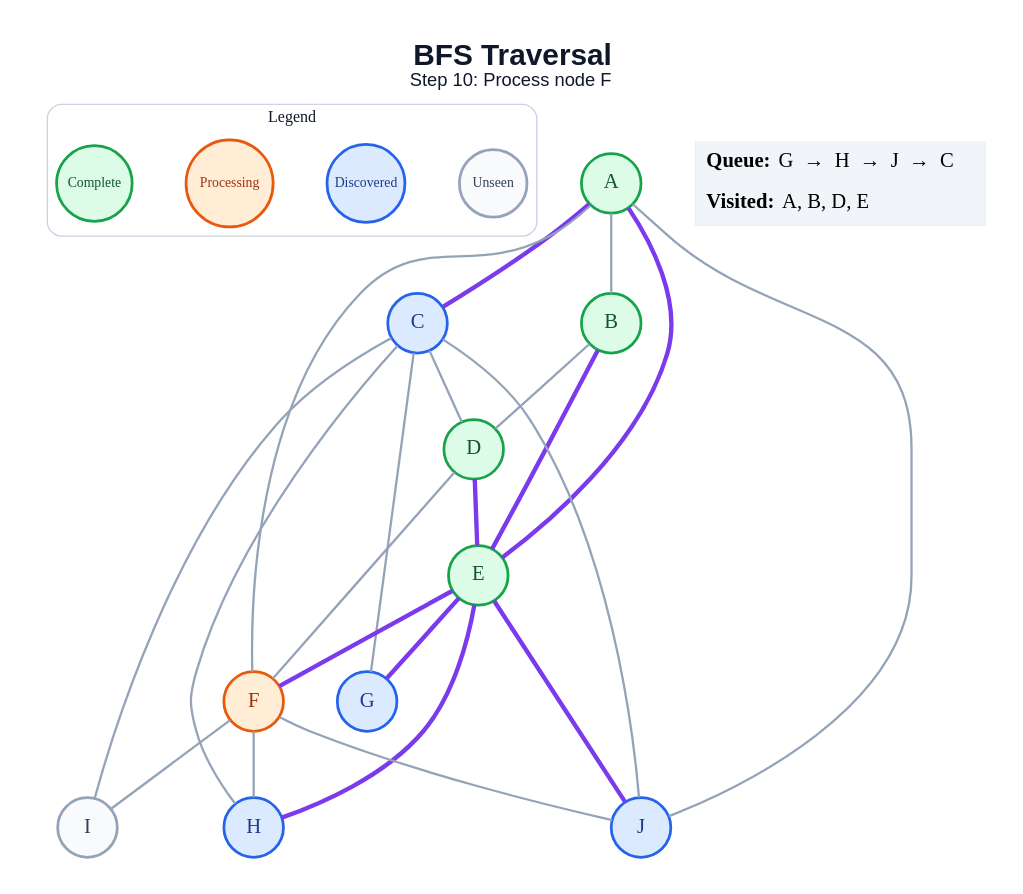
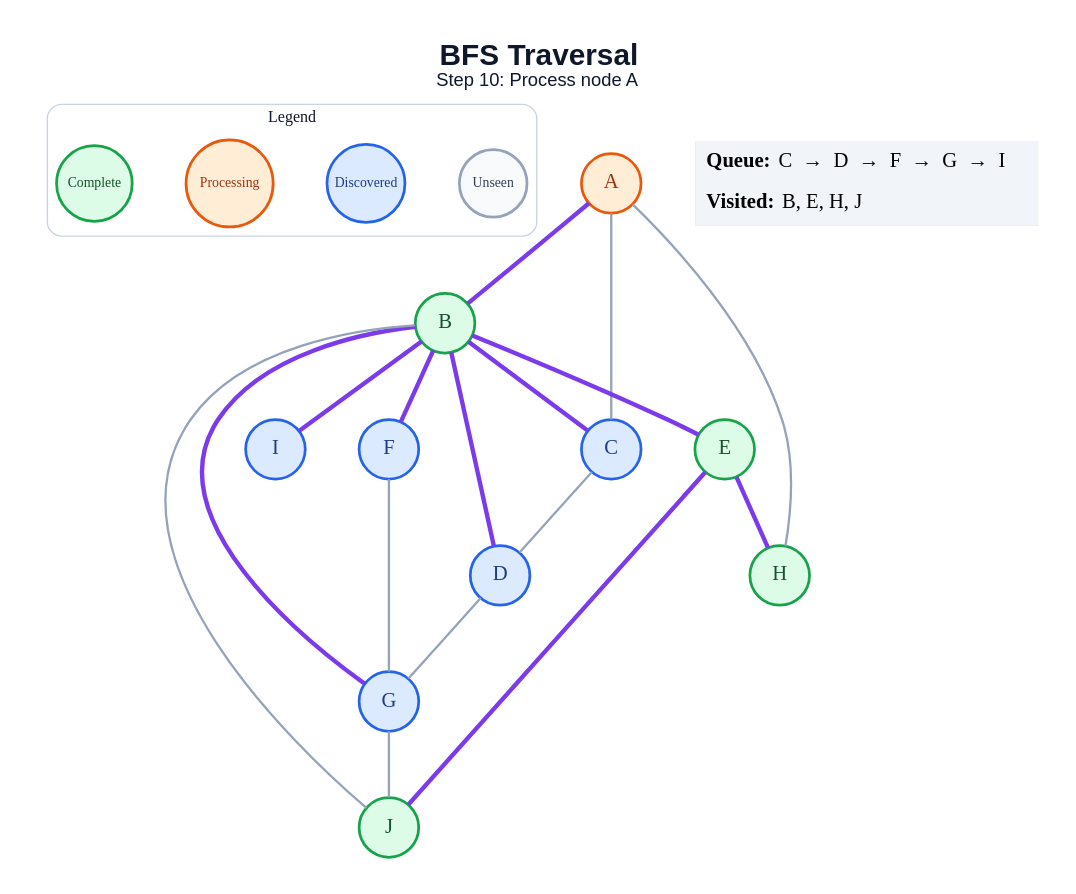
The diagram in generated/specific-node/bfs/step_10.dot (amanghodawala9/ai-slop), drawn with Graphviz before and after one commit. The commit also changed 178 other files, not shown here.

```diff
--- a/generated/specific-node/bfs/step_10.dot
+++ b/generated/specific-node/bfs/step_10.dot
@@ -1,50 +1,45 @@
 graph traversal {
   graph [layout=dot, rankdir=TB, bgcolor="#FFFFFF", pad="0.35", nodesep="0.65", ranksep="0.8", fontname="Arial"];
   node [shape=circle, style="filled", fontname="Arial Bold", fontsize=18, width=0.72, fixedsize=true, penwidth=2.4];
   edge [color="#94A3B8", penwidth=2.0];
-  label=<<B>BFS Traversal</B><BR/><FONT POINT-SIZE="16">Step 10: Process node F</FONT>>; labelloc="t"; fontsize=26; fontname="Arial"; fontcolor="#0F172A";
+  label=<<B>BFS Traversal</B><BR/><FONT POINT-SIZE="16">Step 10: Process node A</FONT>>; labelloc="t"; fontsize=26; fontname="Arial"; fontcolor="#0F172A";
   subgraph cluster_legend { label="Legend"; color="#CBD5E1"; penwidth=1.2; style="rounded"; fontsize=14; fontname="Arial Bold";
     key_unseen [label="Unseen", fillcolor="#F8FAFC", color="#94A3B8", fontcolor="#334155", fontsize=12, width=0.82];
     key_frontier [label="Discovered", fillcolor="#DBEAFE", color="#2563EB", fontcolor="#1E3A8A", fontsize=12, width=0.95];
     key_current [label="Processing", fillcolor="#FFEDD5", color="#EA580C", fontcolor="#9A3412", fontsize=12, width=1.05];
     key_done [label="Complete", fillcolor="#DCFCE7", color="#16A34A", fontcolor="#14532D", fontsize=12, width=0.92];
     { rank=same; key_unseen; key_frontier; key_current; key_done; }
   }
-  A [fillcolor="#DCFCE7", color="#16A34A", fontcolor="#14532D"];
+  A [fillcolor="#FFEDD5", color="#EA580C", fontcolor="#9A3412"];
   B [fillcolor="#DCFCE7", color="#16A34A", fontcolor="#14532D"];
   C [fillcolor="#DBEAFE", color="#2563EB", fontcolor="#1E3A8A"];
-  D [fillcolor="#DCFCE7", color="#16A34A", fontcolor="#14532D"];
+  D [fillcolor="#DBEAFE", color="#2563EB", fontcolor="#1E3A8A"];
   E [fillcolor="#DCFCE7", color="#16A34A", fontcolor="#14532D"];
-  F [fillcolor="#FFEDD5", color="#EA580C", fontcolor="#9A3412"];
+  F [fillcolor="#DBEAFE", color="#2563EB", fontcolor="#1E3A8A"];
   G [fillcolor="#DBEAFE", color="#2563EB", fontcolor="#1E3A8A"];
-  H [fillcolor="#DBEAFE", color="#2563EB", fontcolor="#1E3A8A"];
-  I [fillcolor="#F8FAFC", color="#94A3B8", fontcolor="#334155"];
-  J [fillcolor="#DBEAFE", color="#2563EB", fontcolor="#1E3A8A"];
-  A -- B;
-  A -- C [color="#7C3AED", penwidth=3.8];
-  A -- E [color="#7C3AED", penwidth=3.8];
-  A -- F;
-  A -- J;
-  B -- D;
+  H [fillcolor="#DCFCE7", color="#16A34A", fontcolor="#14532D"];
+  I [fillcolor="#DBEAFE", color="#2563EB", fontcolor="#1E3A8A"];
+  J [fillcolor="#DCFCE7", color="#16A34A", fontcolor="#14532D"];
+  A -- B [color="#7C3AED", penwidth=3.8];
+  A -- C;
+  A -- H;
+  B -- C [color="#7C3AED", penwidth=3.8];
+  B -- D [color="#7C3AED", penwidth=3.8];
   B -- E [color="#7C3AED", penwidth=3.8];
+  B -- F [color="#7C3AED", penwidth=3.8];
+  B -- G [color="#7C3AED", penwidth=3.8];
+  B -- I [color="#7C3AED", penwidth=3.8];
+  B -- J;
   C -- D;
-  C -- G;
-  C -- H;
-  C -- I;
-  C -- J;
-  D -- E [color="#7C3AED", penwidth=3.8];
-  D -- F;
-  E -- F [color="#7C3AED", penwidth=3.8];
-  E -- G [color="#7C3AED", penwidth=3.8];
+  D -- G;
   E -- H [color="#7C3AED", penwidth=3.8];
   E -- J [color="#7C3AED", penwidth=3.8];
-  F -- H;
-  F -- I;
-  F -- J;
+  F -- G;
+  G -- J;
   status [shape=plain, fixedsize=false, width=0, height=0, margin=0, label=<
     <TABLE BORDER="0" CELLBORDER="0" CELLPADDING="7" BGCOLOR="#F1F5F9">
-      <TR><TD ALIGN="LEFT"><B>Queue:</B> G  →  H  →  J  →  C</TD></TR>
-      <TR><TD ALIGN="LEFT"><B>Visited:</B> A, B, D, E</TD></TR>
+      <TR><TD ALIGN="LEFT"><B>Queue:</B> C  →  D  →  F  →  G  →  I</TD></TR>
+      <TR><TD ALIGN="LEFT"><B>Visited:</B> B, E, H, J</TD></TR>
     </TABLE>
   >];
 }
```
